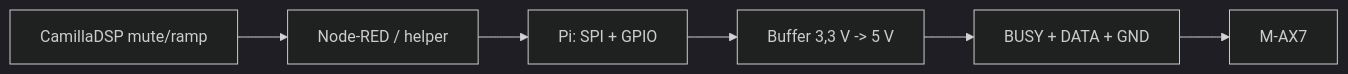
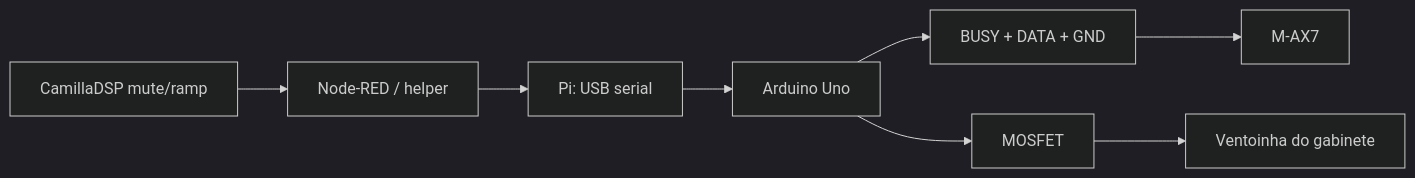
Before and after one commit to Elvis-Christian/PiCeiver: the diagram in docs/hardware/kenwood-ax7-system-control.md, drawn with Mermaid (dark theme). The commit also changed other lines of this file and 5 other files, not shown here.

````diff
--- a/docs/hardware/kenwood-ax7-system-control.md
+++ b/docs/hardware/kenwood-ax7-system-control.md
@@ -158,8 +160,10 @@
 ```mermaid
 flowchart LR
-  NR["Node-RED / helper"] --> PI["Pi: SPI + GPIO"]
-  PI --> BUF["Buffer 3,3 V -> 5 V"]
-  BUF --> BUS["BUSY + DATA + GND"]
+  NR["Node-RED / helper"] --> PI["Pi: USB serial"]
+  PI --> UNO["Arduino Uno"]
+  UNO --> BUS["BUSY + DATA + GND"]
   BUS --> AMP["M-AX7"]
+  UNO --> MOS["MOSFET"]
+  MOS --> FAN["Ventoinha do gabinete"]
   CAM["CamillaDSP mute/ramp"] --> NR
 ```
````
